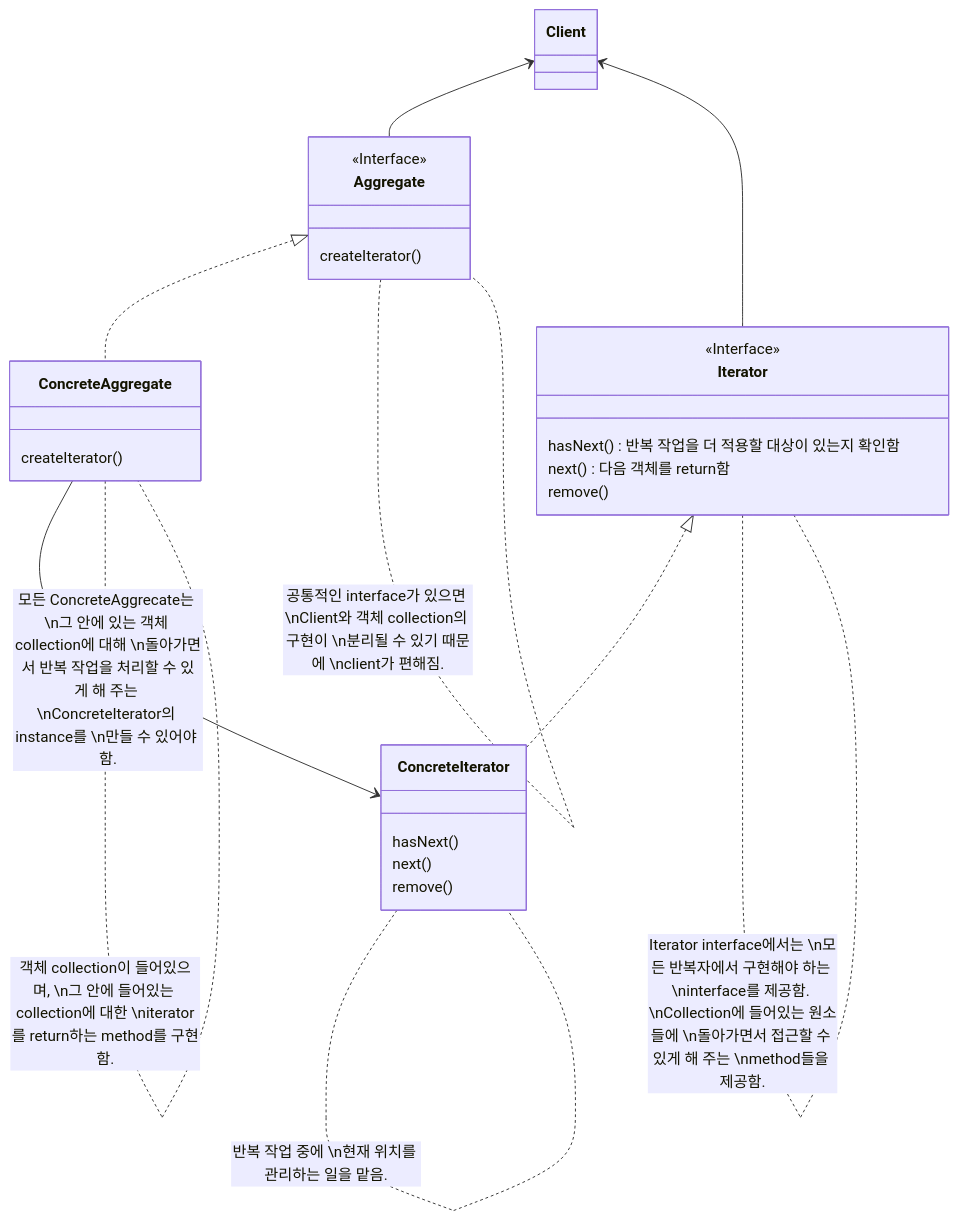
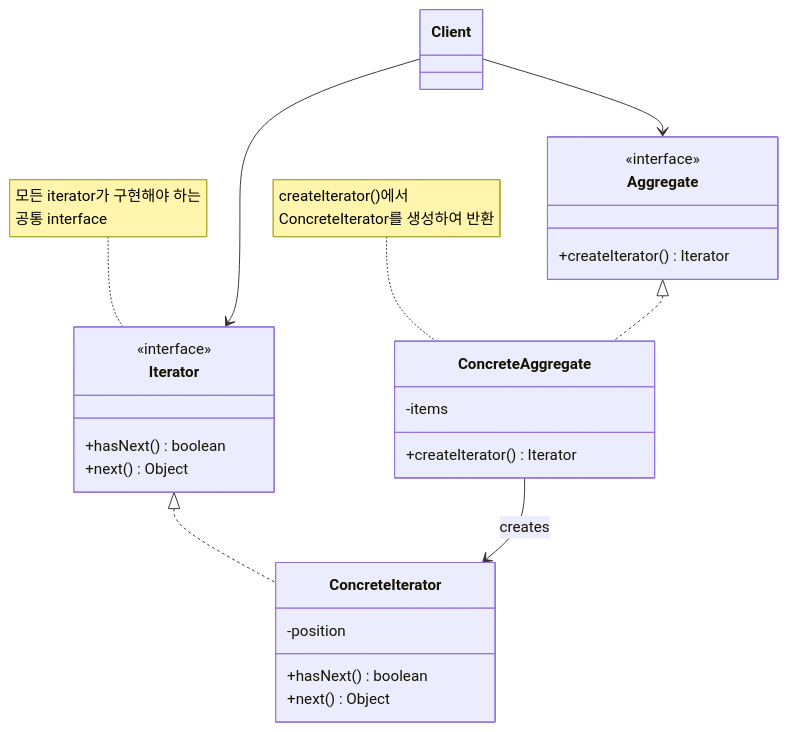
Before and after one commit to choesimin/choesimin.github.io: the first of 2 diagrams in collections/_notes/software-design/design-pattern/iterator-pattern.md, drawn with Mermaid. The commit also changed other lines of this file and 1 other file, not shown here.

````diff
--- a/collections/_notes/software-design/design-pattern/iterator-pattern.md
+++ b/collections/_notes/software-design/design-pattern/iterator-pattern.md
@@ -64,41 +76,38 @@
 ```mermaid
 classDiagram
 
-class Client
+class Iterator {
+    <<interface>>
+    +hasNext() boolean
+    +next() Object
+}
+
+class ConcreteIterator {
+    -position
+    +hasNext() boolean
+    +next() Object
+}
 
 class Aggregate {
-    <<Interface>>
-    createIterator()
-}
-
-class Iterator {
-    <<Interface>>
-    hasNext() 반복 작업을 더 적용할 대상이 있는지 확인함
-    next() 다음 객체를 return함
-    remove() 
+    <<interface>>
+    +createIterator() Iterator
 }
 
 class ConcreteAggregate {
-    createIterator()
+    -items
+    +createIterator() Iterator
 }
 
-class ConcreteIterator {
-    hasNext()
-    next()
-    remove() 
-}
+class Client
 
-Client <-- Aggregate
-Client <-- Iterator
+Client --> Aggregate
+Client --> Iterator
 
 Aggregate <|.. ConcreteAggregate
 Iterator <|.. ConcreteIterator
 
-ConcreteAggregate --> ConcreteIterator : 모든 ConcreteAggrecate는 \n그 안에 있는 객체 collection에 대해 \n돌아가면서 반복 작업을 처리할 수 있게 해 주는 \nConcreteIterator의 instance를 \n만들 수 있어야 함.
+ConcreteAggregate --> ConcreteIterator : creates
 
-Aggregate .. Aggregate : 공통적인 interface가 있으면 \nClient와 객체 collection의 구현이 \n분리될 수 있기 때문에 \nclient가 편해짐.
-Iterator .. Iterator : Iterator interface에서는 \n모든 반복자에서 구현해야 하는 \ninterface를 제공함. \nCollection에 들어있는 원소들에 \n돌아가면서 접근할 수 있게 해 주는 \nmethod들을 제공함.
-
-ConcreteAggregate .. ConcreteAggregate : 객체 collection이 들어있으며, \n그 안에 들어있는 collection에 대한 \niterator를 return하는 method를 구현함.
-ConcreteIterator .. ConcreteIterator : 반복 작업 중에 \n현재 위치를 관리하는 일을 맡음.
+note for Iterator "모든 iterator가 구현해야 하는<br>공통 interface"
+note for ConcreteAggregate "createIterator()에서<br>ConcreteIterator를 생성하여 반환"
 ```
````
